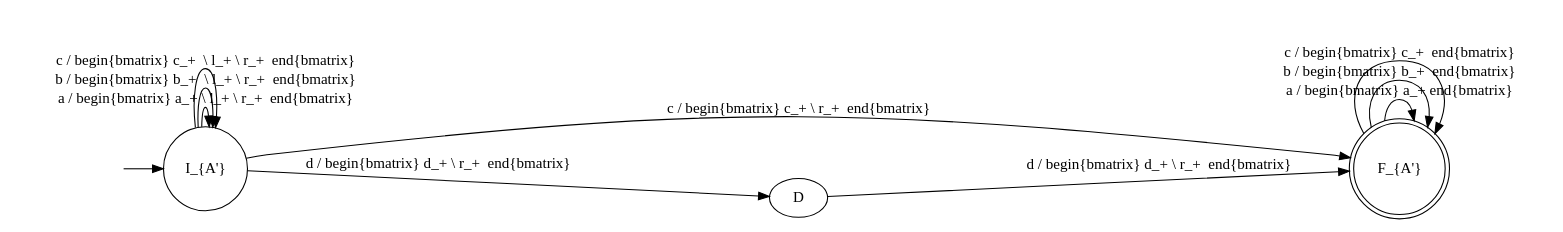
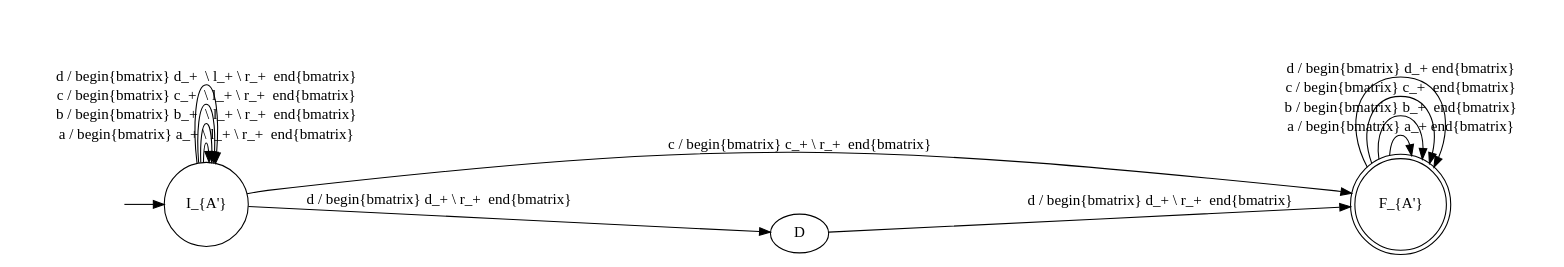
Before and after one commit to amandasystems/incremental-parikh-images: the diagram in a.dot, drawn with Graphviz. The commit also changed 7 other files, not shown here.

```diff
--- a/a.dot
+++ b/a.dot
@@ -1,19 +1,21 @@
 digraph Automaton {rankdir = LR;
 initial [shape=plaintext,label=""];
 initial -> S;
 C [shape=doublecircle,label="F_{A'}"];
 
 C -> C [label="a / \begin{bmatrix} a_+ \end{bmatrix}"]
 C -> C [label="b / \begin{bmatrix} b_+  \end{bmatrix}"]
 C -> C [label="c / \begin{bmatrix} c_+  \end{bmatrix}"]
+C -> C [label="d / \begin{bmatrix} d_+ \end{bmatrix}"]
 
 S [shape=circle,label="I_{A'}"];
 S -> S [label="a / \begin{bmatrix} a_+ \\ l_+ \\ r_+  \end{bmatrix}"]
 S -> S [label="b / \begin{bmatrix} b_+  \\ l_+ \\ r_+  \end{bmatrix}"]
 S -> S [label="c / \begin{bmatrix} c_+  \\ l_+ \\ r_+  \end{bmatrix}"]
+S -> S [label="d / \begin{bmatrix} d_+  \\ l_+ \\ r_+  \end{bmatrix}"]
 
 S -> C [label="c / \begin{bmatrix} c_+ \\ r_+  \end{bmatrix}"]
 
 S -> D [label="d / \begin{bmatrix} d_+ \\ r_+  \end{bmatrix}"]
 D -> C [label="d / \begin{bmatrix} d_+ \\ r_+  \end{bmatrix}"]
 }
```
